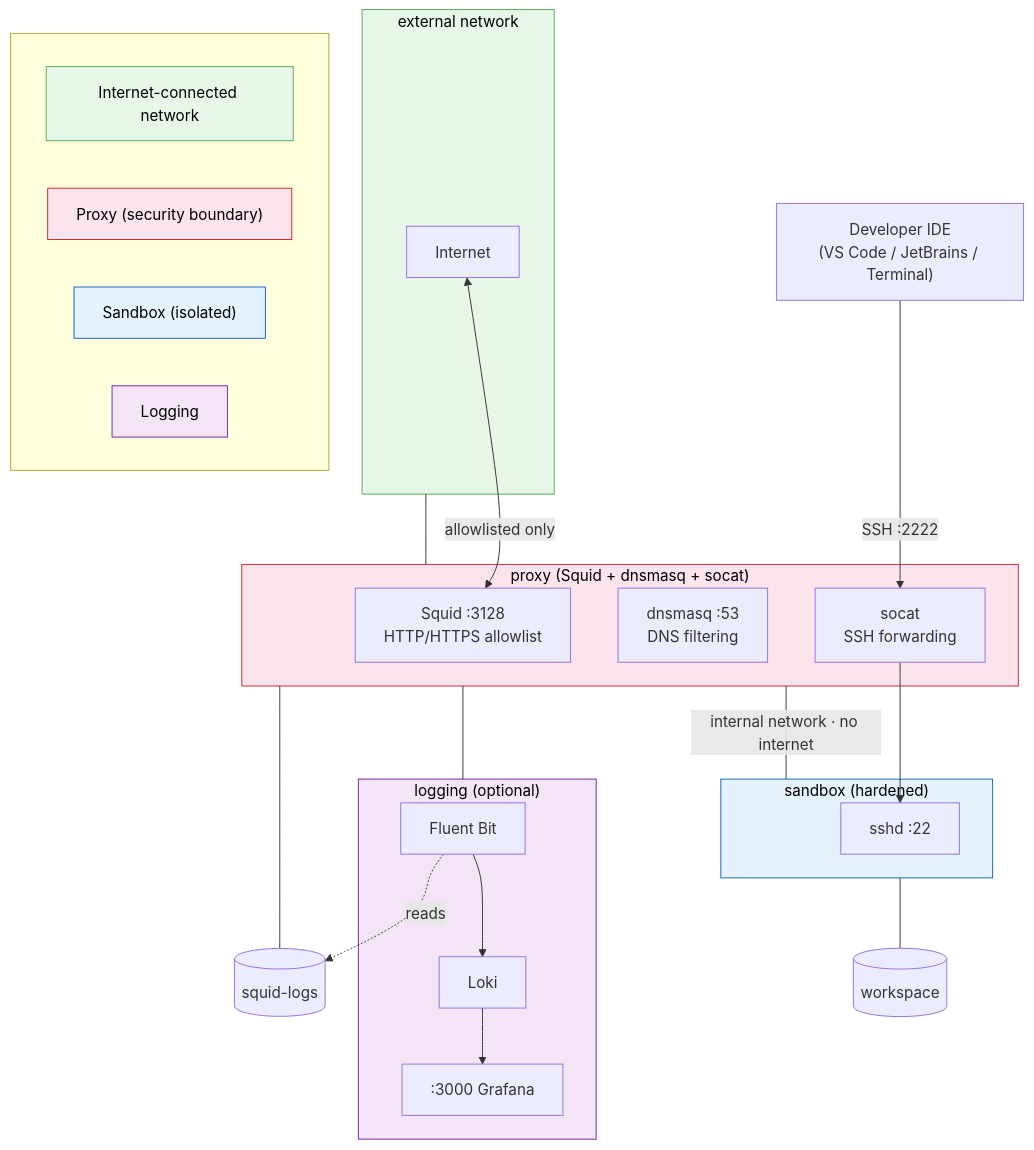
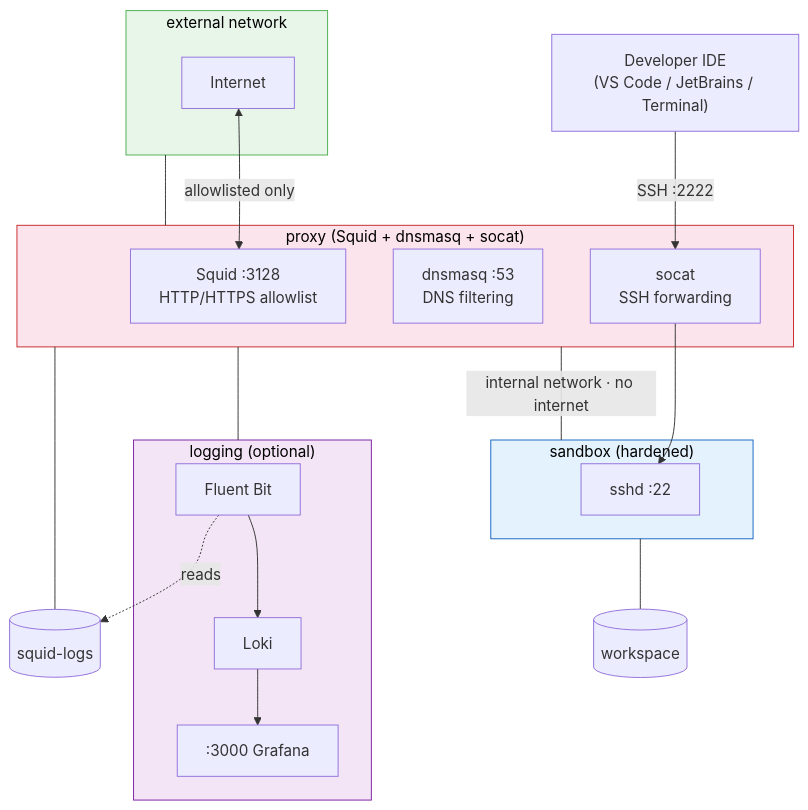
The first of 2 diagrams in README.md (krukkeniels/safe-ai), drawn with Mermaid before and after one commit. The commit also changed other lines of this file and 16 other files, not shown here.

First line of the commit message:
docs: simplify diagrams, rename files, and improve README clarity

````diff
--- a/README.md
+++ b/README.md
@@ -7,56 +15,40 @@
 ```mermaid
 flowchart TD
     IDE["Developer IDE<br/>(VS Code / JetBrains / Terminal)"]
 
     subgraph ext["external network"]
         Internet["Internet"]
     end
 
     subgraph ProxyC["proxy (Squid + dnsmasq + socat)"]
         Squid["Squid :3128<br/>HTTP/HTTPS allowlist"]
         dnsmasq["dnsmasq :53<br/>DNS filtering"]
         socat["socat<br/>SSH forwarding"]
     end
 
     subgraph SandboxC["sandbox (hardened)"]
         SSHD["sshd :22"]
     end
 
     subgraph Logging["logging (optional)"]
         FB["Fluent Bit"] --> Loki --> Grafana[":3000 Grafana"]
     end
 
     workspace[("workspace")]
     squidlogs[("squid-logs")]
 
     IDE -->|"SSH :2222"| socat
     socat --> SSHD
     Internet <-->|"allowlisted only"| Squid
     ext --- ProxyC
     ProxyC ---|"internal network · no internet"| SandboxC
     ProxyC --- Logging
     SandboxC --- workspace
     ProxyC --- squidlogs
     FB -.->|reads| squidlogs
 
     style ext fill:#e8f5e9,stroke:#4caf50,color:#000
     style ProxyC fill:#fce4ec,stroke:#c62828,color:#000
     style SandboxC fill:#e3f2fd,stroke:#1565c0,color:#000
     style Logging fill:#f3e5f5,stroke:#7b1fa2,color:#000
-
-    subgraph Legend[" "]
-        direction LR
-        L1["Internet-connected network"]
-        L2["Proxy (security boundary)"]
-        L3["Sandbox (isolated)"]
-        L4["Logging"]
-    end
-    classDef legendGreen fill:#e8f5e9,stroke:#4caf50,color:#000
-    classDef legendPink fill:#fce4ec,stroke:#c62828,color:#000
-    classDef legendBlue fill:#e3f2fd,stroke:#1565c0,color:#000
-    classDef legendPurple fill:#f3e5f5,stroke:#7b1fa2,color:#000
-    class L1 legendGreen
-    class L2 legendPink
-    class L3 legendBlue
-    class L4 legendPurple
 ```
````
